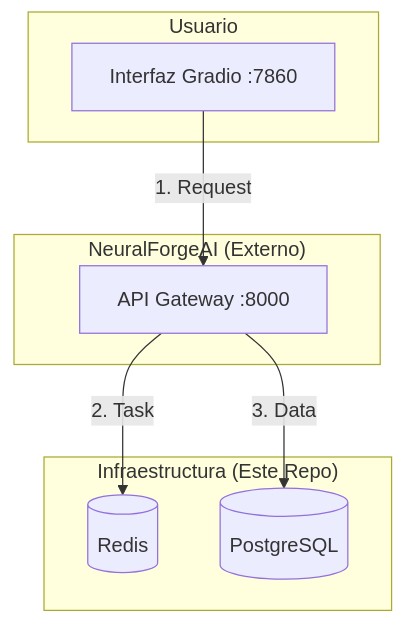
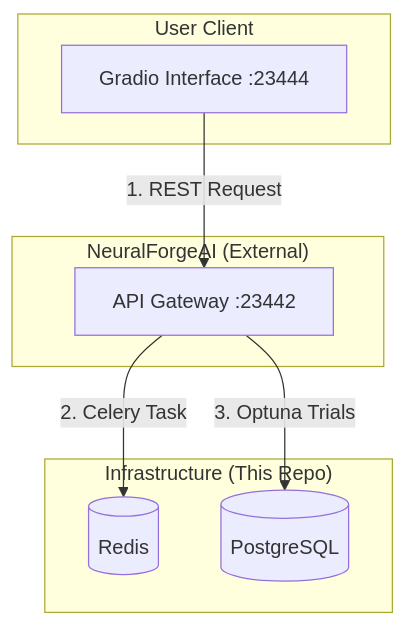
One commit to wisrovi/wyoloservice2_control_server changed the diagram in README.md. Above: the diagram before and after it, drawn with Mermaid. The commit also changed other lines of this file, not shown here.

````diff
--- a/README.md
+++ b/README.md
@@ -18,19 +18,19 @@
 ```mermaid
 flowchart TD
-    subgraph "Usuario"
-        G[Interfaz Gradio :7860]
+    subgraph "User Client"
+        G[Gradio Interface :23444]
     end
 
-    subgraph "NeuralForgeAI (Externo)"
-        API[API Gateway :8000]
+    subgraph "NeuralForgeAI (External)"
+        API[API Gateway :23442]
     end
 
-    subgraph "Infraestructura (Este Repo)"
+    subgraph "Infrastructure (This Repo)"
         R[(Redis)]
         P[(PostgreSQL)]
     end
 
-    G -->|1. Request| API
-    API -->|2. Task| R
-    API -->|3. Data| P
+    G -->|1. REST Request| API
+    API -->|2. Celery Task| R
+    API -->|3. Optuna Trials| P
 ```
````
